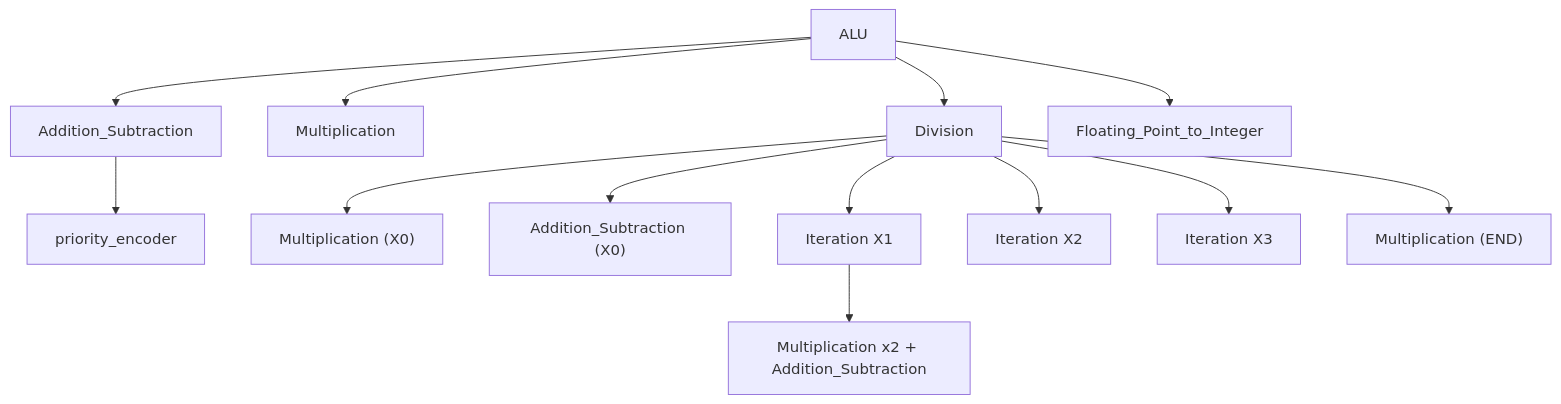
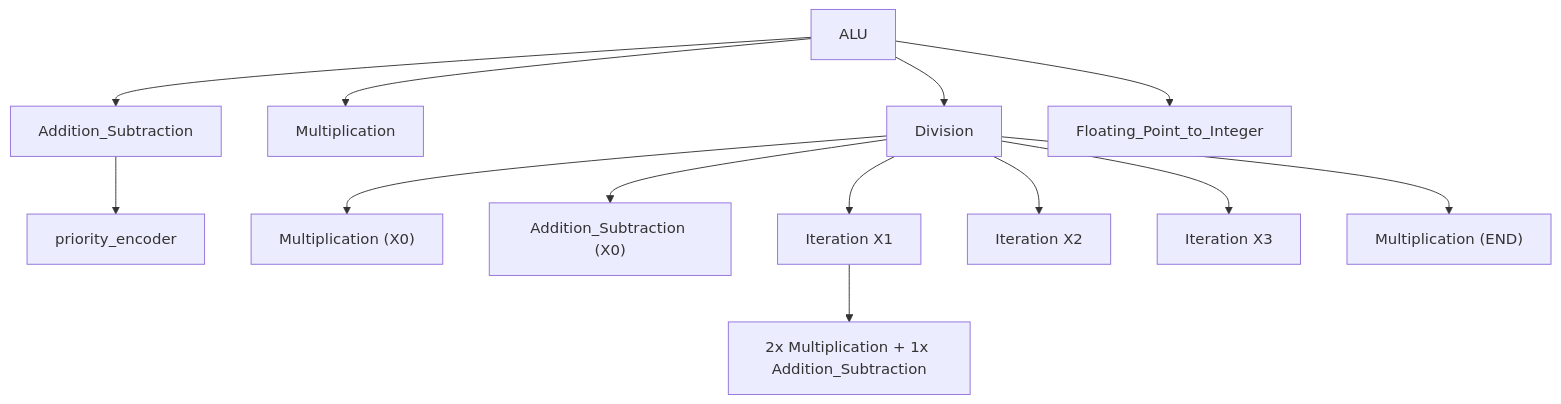
The second of 6 diagrams in README.md (tdviet2011/ALU-PLOATING-POINT), drawn with Mermaid before and after one commit. The commit also changed other lines of this file and 9 other files, not shown here.

````diff
--- a/README.md
+++ b/README.md
@@ -72,15 +81,15 @@
 ```mermaid
 flowchart TD
     ALU --> AS1["Addition_Subtraction"]
     ALU --> M1["Multiplication"]
     ALU --> D1["Division"]
     ALU --> F1["Floating_Point_to_Integer"]
     AS1 --> PE1["priority_encoder"]
     D1 --> Mx0["Multiplication (X0)"]
     D1 --> AX0["Addition_Subtraction (X0)"]
     D1 --> I1["Iteration X1"]
     D1 --> I2["Iteration X2"]
     D1 --> I3["Iteration X3"]
     D1 --> MEND["Multiplication (END)"]
-    I1 --> IM1["Multiplication x2 + Addition_Subtraction"]
+    I1 --> IM1["2x Multiplication + 1x Addition_Subtraction"]
 ```
````
